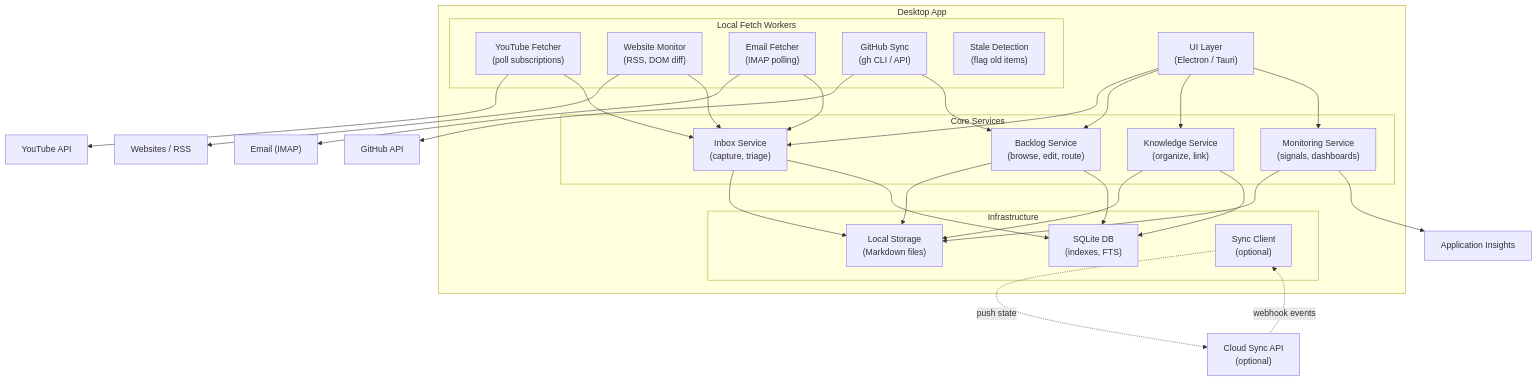
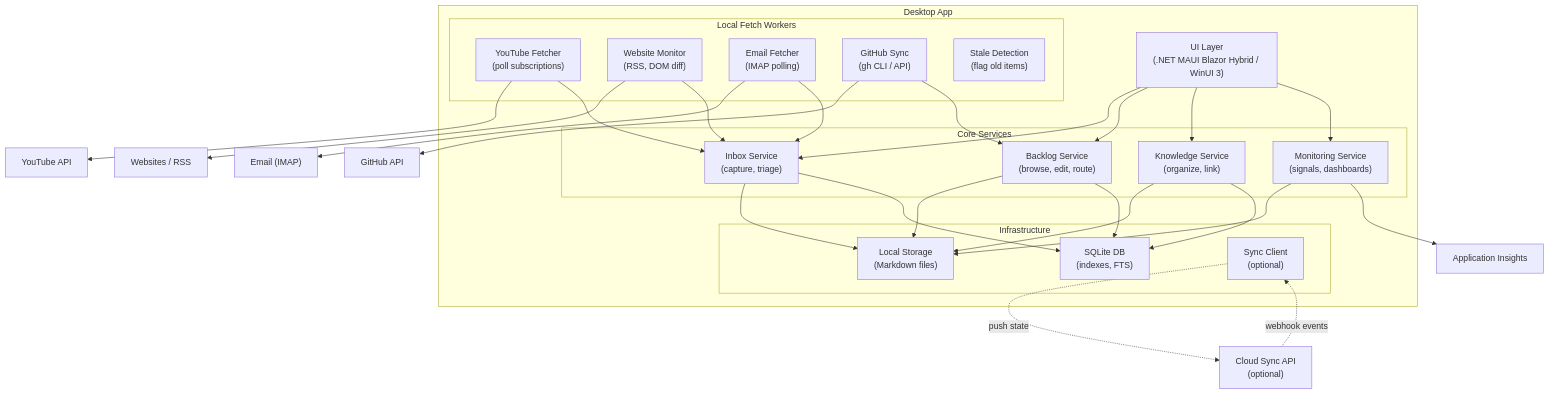
The third of 6 diagrams in .arc42/05-building-block-view.md (JSdotNet/Backlog), drawn with Mermaid before and after one commit. The commit also changed other lines of this file and 2 other files, not shown here.

First line of the commit message:
Prefer .NET desktop stack in arc42 docs

````diff
--- a/.arc42/05-building-block-view.md
+++ b/.arc42/05-building-block-view.md
@@ -161,62 +161,62 @@
 ```mermaid
 graph TB
   subgraph "Desktop App"
-    UI["UI Layer\n(Electron / Tauri)"]
+    UI["UI Layer\n(.NET MAUI Blazor Hybrid / WinUI 3)"]
 
     subgraph "Core Services"
       Inbox["Inbox Service\n(capture, triage)"]
       Backlog["Backlog Service\n(browse, edit, route)"]
       Knowledge["Knowledge Service\n(organize, link)"]
       Monitoring["Monitoring Service\n(signals, dashboards)"]
     end
 
     subgraph "Local Fetch Workers"
       YTWorker["YouTube Fetcher\n(poll subscriptions)"]
       WebWorker["Website Monitor\n(RSS, DOM diff)"]
       EmailWorker["Email Fetcher\n(IMAP polling)"]
       GitHubWorker["GitHub Sync\n(gh CLI / API)"]
       StaleWorker["Stale Detection\n(flag old items)"]
     end
 
     subgraph "Infrastructure"
       LocalStore["Local Storage\n(Markdown files)"]
       SQLite["SQLite DB\n(indexes, FTS)"]
       SyncClient["Sync Client\n(optional)"]
     end
   end
 
   SyncAPI["Cloud Sync API\n(optional)"]
   GitHub["GitHub API"]
   YouTube["YouTube API"]
   Websites["Websites / RSS"]
   Email["Email (IMAP)"]
   AppInsights["Application Insights"]
 
   UI --> Inbox
   UI --> Backlog
   UI --> Knowledge
   UI --> Monitoring
 
   Inbox --> LocalStore
   Backlog --> LocalStore
   Knowledge --> LocalStore
   Monitoring --> LocalStore
 
   Inbox --> SQLite
   Backlog --> SQLite
   Knowledge --> SQLite
 
   YTWorker --> YouTube
   WebWorker --> Websites
   EmailWorker --> Email
   GitHubWorker --> GitHub
 
   YTWorker --> Inbox
   WebWorker --> Inbox
   EmailWorker --> Inbox
   GitHubWorker --> Backlog
 
   SyncClient -.->|push state| SyncAPI
   SyncAPI -.->|webhook events| SyncClient
   Monitoring --> AppInsights
 ```
````
